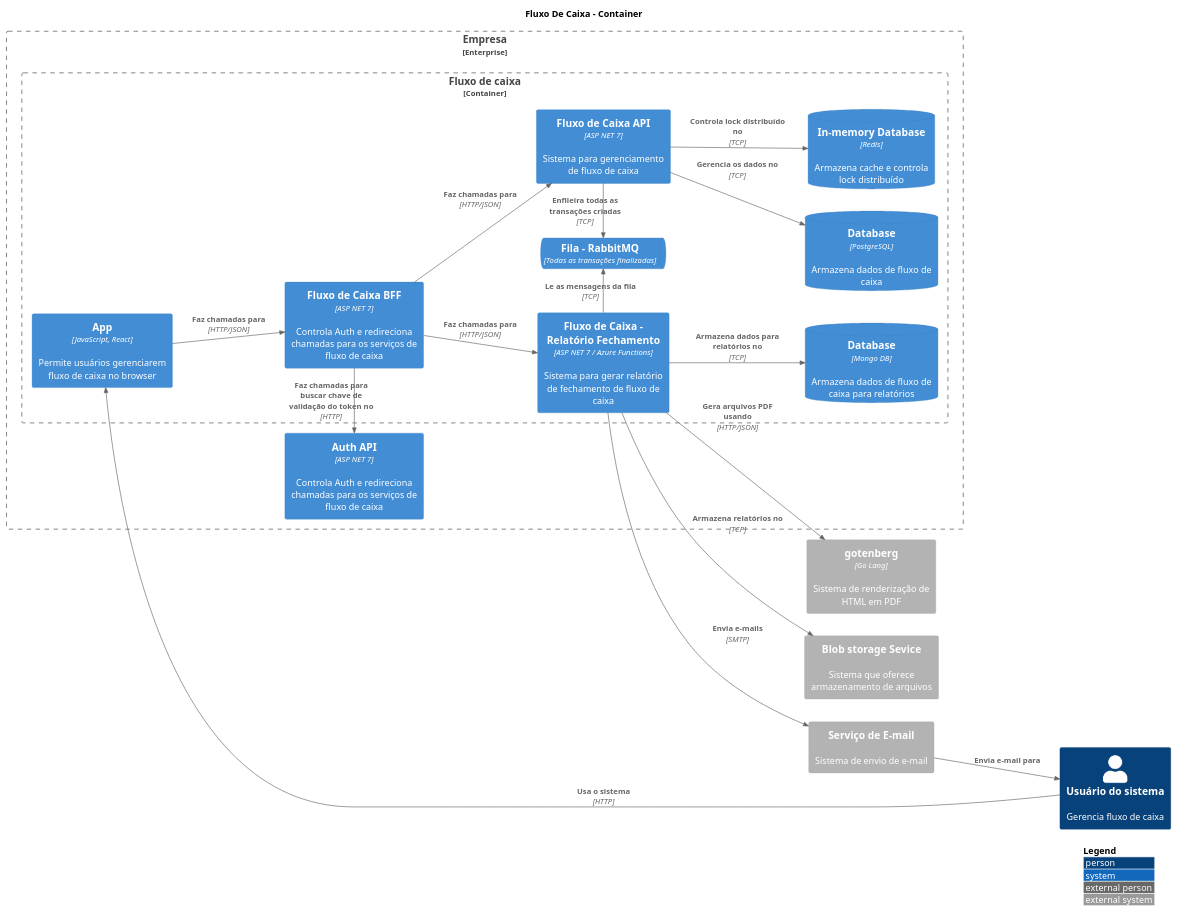
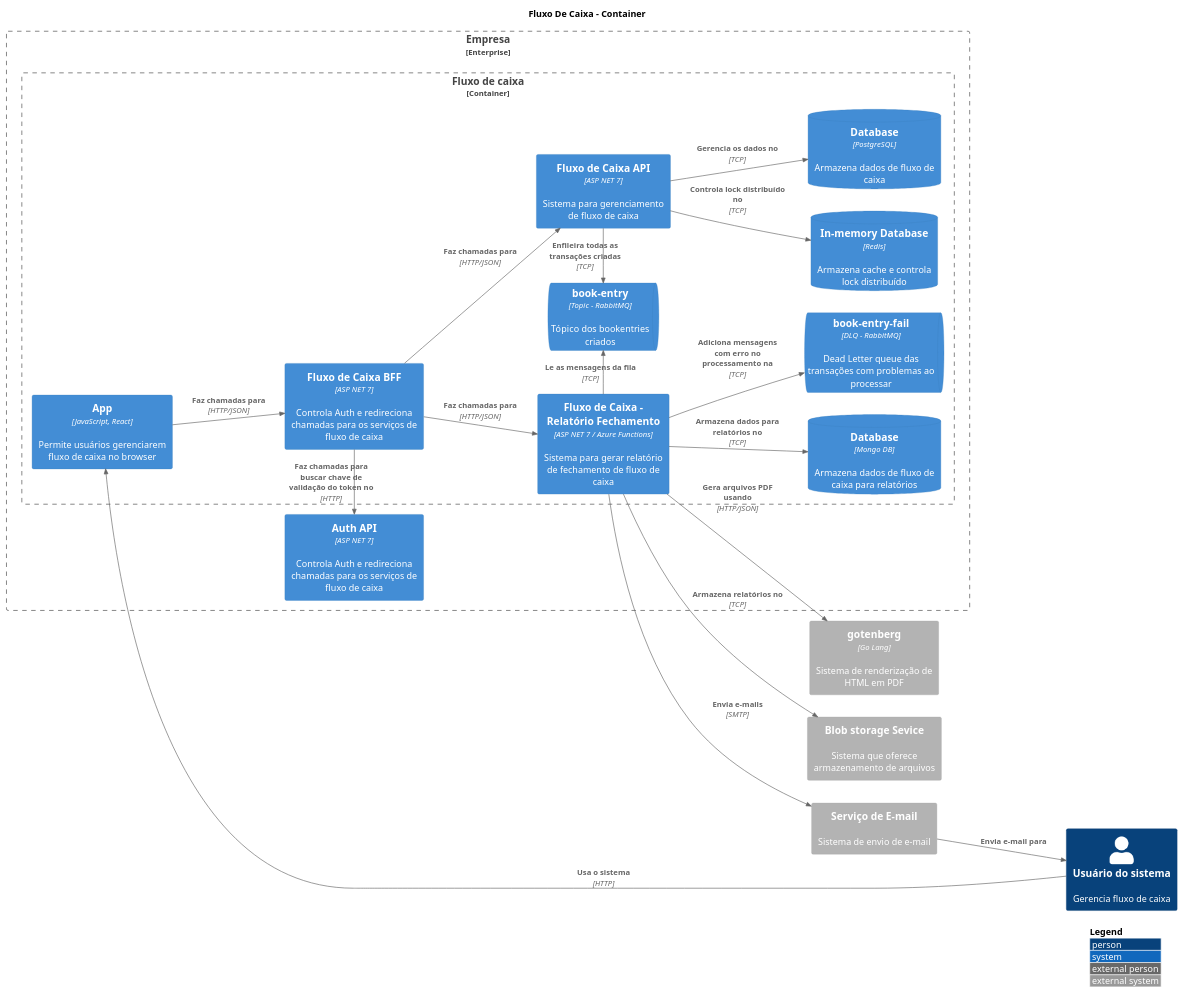
One commit to CristianoRC/Fluxo-De-Caixa changed the diagram in Doc/Container.puml. Above: the diagram before and after it, drawn with PlantUML.

Commit message:
Adiciona DLQ no container diagram

```diff
--- a/Doc/Container.puml
+++ b/Doc/Container.puml
@@ -1,57 +1,59 @@
 @startuml container
 
 !include https://raw.githubusercontent.com/plantuml-stdlib/C4-PlantUML/master/C4_Container.puml
 !include https://raw.githubusercontent.com/plantuml-stdlib/C4-PlantUML/master/C4_Context.puml
 
 LAYOUT_LANDSCAPE()
 LAYOUT_WITH_LEGEND()
 
 TITLE Fluxo De Caixa - Container
 
 Enterprise_Boundary(boundaryEmpersa, "Empresa") {
   
     Container_Boundary(boundaryFluxoDeCaixa, "Fluxo de caixa") {
         Container(fluxoDeCaixaApi, "Fluxo de Caixa API", "ASP NET 7", "Sistema para gerenciamento de fluxo de caixa")
         Container(fluxoDeCaixaApp, "App", "JavaScript, React", "Permite usuários gerenciarem fluxo de caixa no browser")
         Container(fluxoDeCaixaReportApi, "Fluxo de Caixa - Relatório Fechamento", "ASP NET 7 / Azure Functions", "Sistema para gerar relatório de fechamento de fluxo de caixa")
         Container(fluxoDeCaixaBff, "Fluxo de Caixa BFF", "ASP NET 7", "Controla Auth e redireciona chamadas para os serviços de fluxo de caixa")
 
         ContainerDb(redis, "In-memory Database", "Redis", "Armazena cache e controla lock distribuído")
         ContainerDb(mongodb, "Database", "Mongo DB", "Armazena dados de fluxo de caixa para relatórios")
         ContainerDb(postgres, "Database", "PostgreSQL", "Armazena dados de fluxo de caixa")
-        ContainerQueue(transactionQueue, "Fila - RabbitMQ", "Todas as transações finalizadas")
+        ContainerQueue(transactionQueue, "book-entry", "Topic - RabbitMQ", "Tópico dos bookentries criados")
+        ContainerQueue(transacionDlq, "book-entry-fail", "DLQ - RabbitMQ", "Dead Letter queue das transações com problemas ao processar")
     }
     
     Container(authApi, "Auth API", "ASP NET 7", "Controla Auth e redireciona chamadas para os serviços de fluxo de caixa")
 }
 
 Container_Ext(gotenberg, "gotenberg", "Go Lang", "Sistema de renderização de HTML em PDF")
 Container_Ext(blobStorage, "Blob storage Sevice", "", "Sistema que oferece armazenamento de arquivos")
 Container_Ext(mailSystem, "Serviço de E-mail", "", "Sistema de envio de e-mail")
 Person(pessoa, "Usuário do sistema", "Gerencia fluxo de caixa")
 
 'API
 Rel(fluxoDeCaixaApi, postgres, "Gerencia os dados no", "TCP")
 Rel_U(fluxoDeCaixaApi, transactionQueue, "Enfileira todas as transações criadas", "TCP")
 Rel(fluxoDeCaixaApi, redis, "Controla lock distribuído no", "TCP")
 
 'Report API
 Rel(fluxoDeCaixaReportApi, mailSystem, "Envia e-mails", "SMTP")
 Rel_D(fluxoDeCaixaReportApi, transactionQueue, "Le as mensagens da fila", "TCP")
+Rel(fluxoDeCaixaReportApi, transacionDlq, "Adiciona mensagens com erro no processamento na", "TCP")
 Rel(fluxoDeCaixaReportApi, mongodb, "Armazena dados para relatórios no", "TCP")
 Rel(fluxoDeCaixaReportApi, blobStorage, "Armazena relatórios no", "TCP")
 Rel(fluxoDeCaixaReportApi, gotenberg, "Gera arquivos PDF usando", "HTTP/JSON")
 
 'App
 Rel(fluxoDeCaixaApp, fluxoDeCaixaBff, "Faz chamadas para", "HTTP/JSON")
 
 'BFF
 Rel(fluxoDeCaixaBff, fluxoDeCaixaApi, "Faz chamadas para", "HTTP/JSON")
 Rel(fluxoDeCaixaBff, fluxoDeCaixaReportApi, "Faz chamadas para", "HTTP/JSON")
 Rel_D(fluxoDeCaixaBff, authApi, "Faz chamadas para buscar chave de validação do token no", "HTTP")
 
 'Pessoa
 Rel(pessoa, fluxoDeCaixaApp, "Usa o sistema", "HTTP")
 Rel(mailSystem, pessoa, "Envia e-mail para")
 
 @enduml
```
